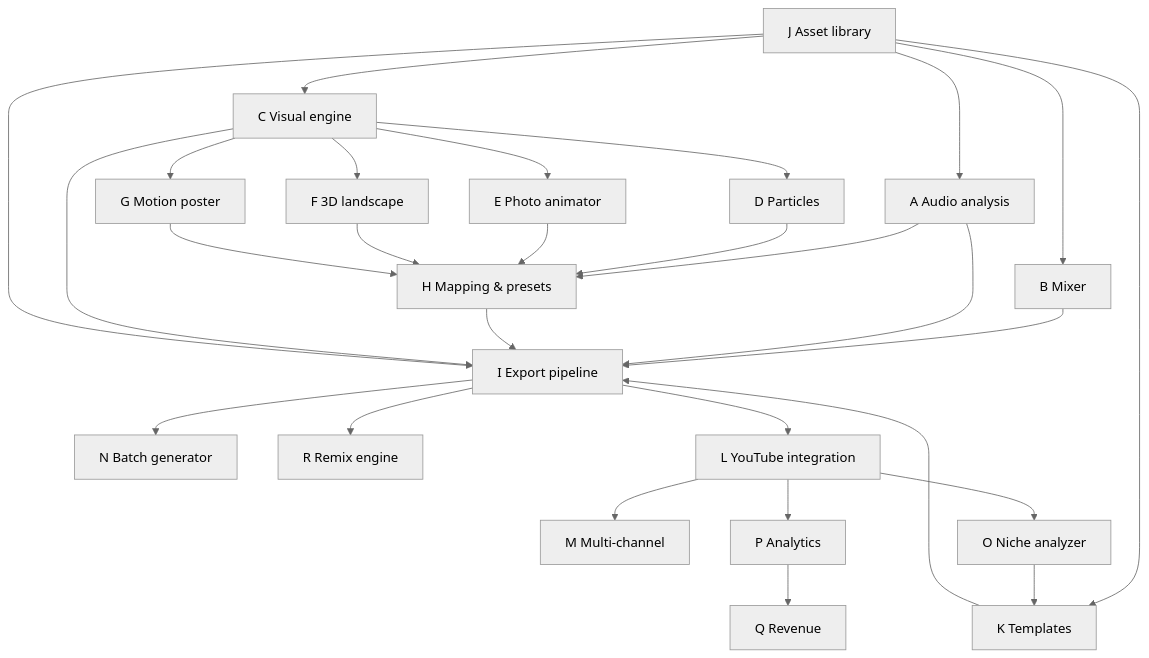
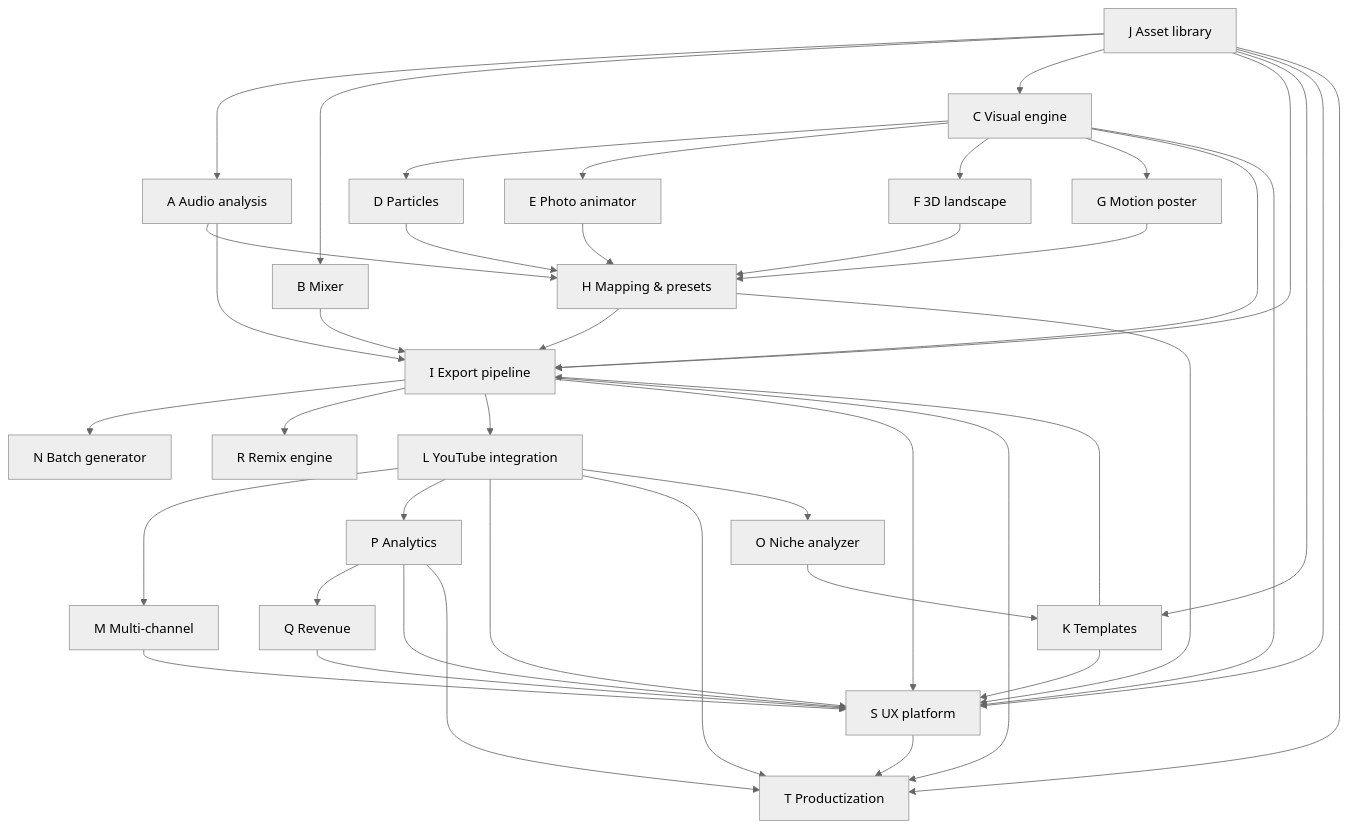
One commit to saagpatel/visual-album-studio changed the first of 2 diagrams in docs/05-dependency-graph.md. Above: the diagram before and after it, drawn with Mermaid (neutral theme). The commit also changed other lines of this file and 19 other files, not shown here.

````diff
--- a/docs/05-dependency-graph.md
+++ b/docs/05-dependency-graph.md
@@ -20,30 +22,44 @@
 ```mermaid
 graph TD
   A[A Audio analysis] --> H[H Mapping & presets]
   C[C Visual engine] --> D[D Particles]
   C --> E[E Photo animator]
   C --> F[F 3D landscape]
   C --> G[G Motion poster]
   D --> H
   E --> H
   F --> H
   G --> H
   B[B Mixer] --> I[I Export pipeline]
   A --> I
   H --> I
   C --> I
   J[J Asset library] --> A
   J --> B
   J --> C
   J --> I
   J --> K[K Templates]
   K --> I
   I --> N[N Batch generator]
   I --> R[R Remix engine]
   I --> L[L YouTube integration]
   L --> M[M Multi-channel]
   L --> P[P Analytics]
   P --> Q[Q Revenue]
+  C --> S[S UX platform]
+  H --> S
+  I --> S
+  J --> S
+  K --> S
+  L --> S
+  M --> S
+  P --> S
+  Q --> S
+  I --> T[T Productization]
+  J --> T
+  L --> T
+  P --> T
+  S --> T
   O[O Niche analyzer] --> K
   L --> O
 ```
````
